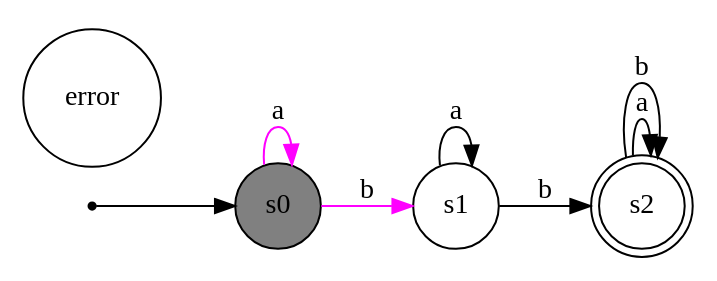
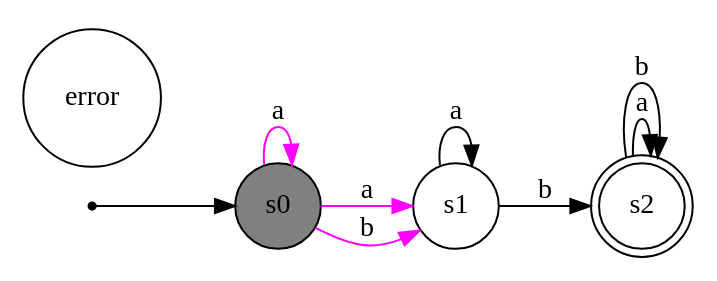
The diagram in dotfiles/arq_0.dot (lukaz-r/AFD-animator), drawn with Graphviz before and after one commit. The commit also changed 19 other files, not shown here.

```diff
--- a/dotfiles/arq_0.dot
+++ b/dotfiles/arq_0.dot
@@ -1,19 +1,20 @@
 digraph maquina_de_estados { 
 	rankdir=LR;
 	size="10"
 	node [shape = doublecircle];
 	s2
 	node [shape = point];
 	p
 	node [shape = circle];
 	error [style=filled, fillcolor=white];
 	p -> s0
 	node [shape = circle];
 	s0[style=filled, fillcolor=gray]
 	s0 -> s0[label = "a"][color=magenta];
+	s0 -> s1[label = "a"][color=magenta];
 	s0 -> s1[label = "b"][color=magenta];
 	s1 -> s1[label = "a"][color=black];
 	s1 -> s2[label = "b"][color=black];
 	s2 -> s2[label = "a"][color=black];
 	s2 -> s2[label = "b"][color=black];
 	}
```
